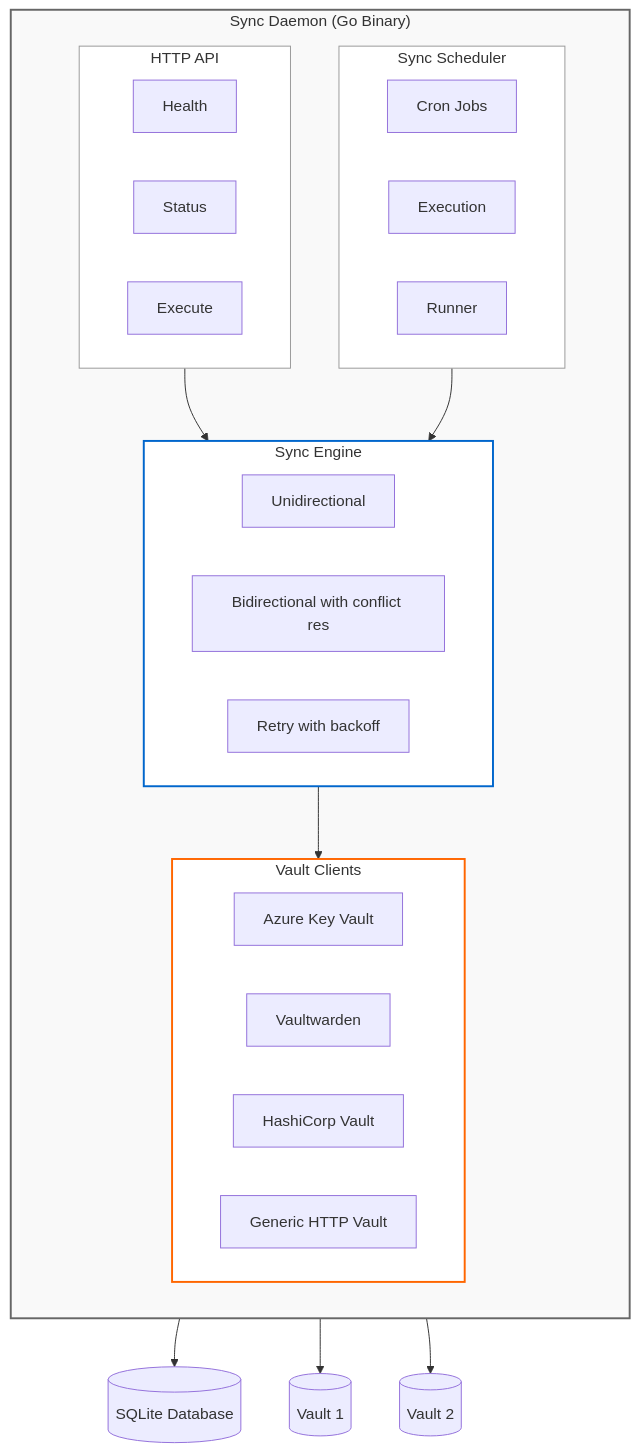
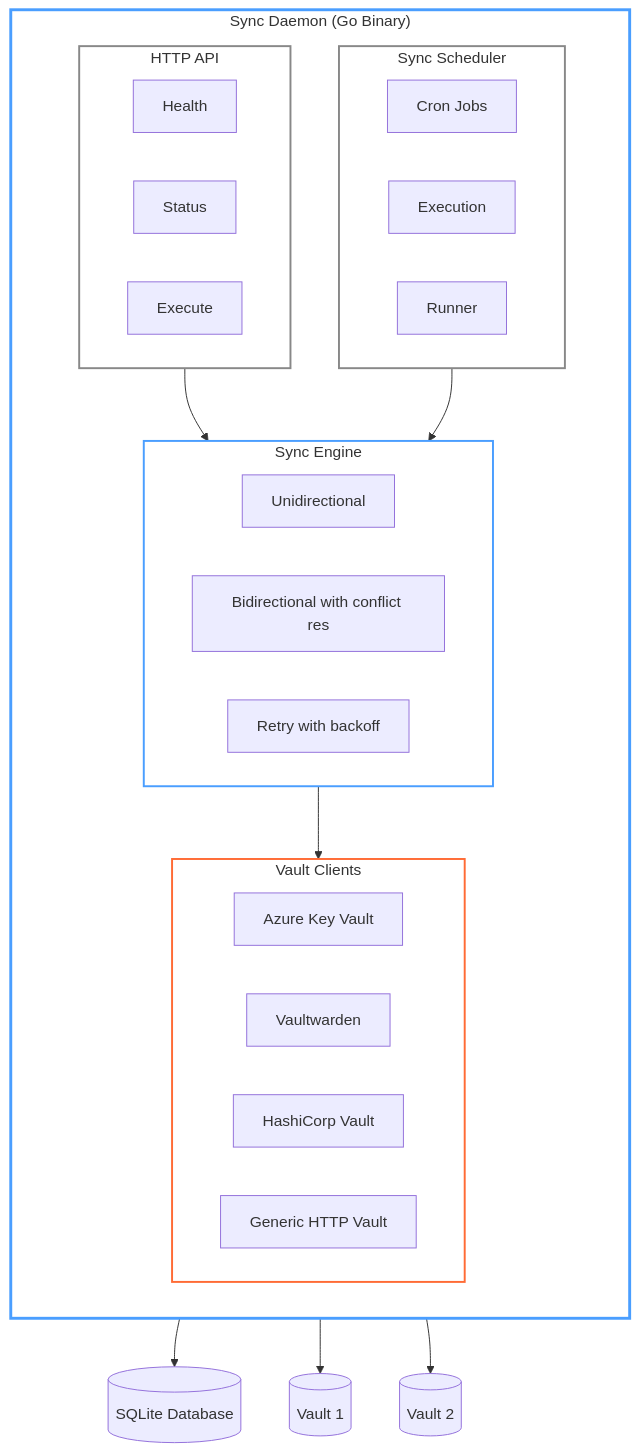
The diagram in README.md (pacorreia/vaults-syncer), drawn with Mermaid before and after one commit. The commit also changed 2 other files, not shown here.

Commit message:
Use transparent backgrounds and theme-adaptive colors in diagrams

````diff
--- a/README.md
+++ b/README.md
@@ -31,45 +31,45 @@
 ```mermaid
 graph TB
     subgraph daemon["Sync Daemon (Go Binary)"]
         direction TB
         
         subgraph api["HTTP API"]
             health["Health"]
             status["Status"]
             execute["Execute"]
         end
         
         subgraph scheduler["Sync Scheduler"]
             cron["Cron Jobs"]
             execution["Execution"]
             runner["Runner"]
         end
         
         subgraph engine["Sync Engine"]
             unidirectional["Unidirectional"]
             bidirectional["Bidirectional with conflict res"]
             retry["Retry with backoff"]
         end
         
         subgraph clients["Vault Clients"]
             azure["Azure Key Vault"]
             vaultwarden["Vaultwarden"]
             hashicorp["HashiCorp Vault"]
             generic["Generic HTTP Vault"]
         end
         
         api --> engine
         scheduler --> engine
         engine --> clients
     end
     
     clients --> db[(SQLite Database)]
     clients --> vault1[("Vault 1")]
     clients --> vault2[("Vault 2")]
     
-    style daemon fill:#f9f9f9,stroke:#666,stroke-width:2px
-    style engine fill:#fff,stroke:#0066cc,stroke-width:2px
-    style clients fill:#fff,stroke:#ff6600,stroke-width:2px
-    style api fill:#fff,stroke:#999,stroke-width:1px
-    style scheduler fill:#fff,stroke:#999,stroke-width:1px
+    style daemon fill:none,stroke:#4a9eff,stroke-width:3px
+    style engine fill:none,stroke:#4a9eff,stroke-width:2px
+    style clients fill:none,stroke:#ff6b35,stroke-width:2px
+    style api fill:none,stroke:#888,stroke-width:2px
+    style scheduler fill:none,stroke:#888,stroke-width:2px
 ```
````
